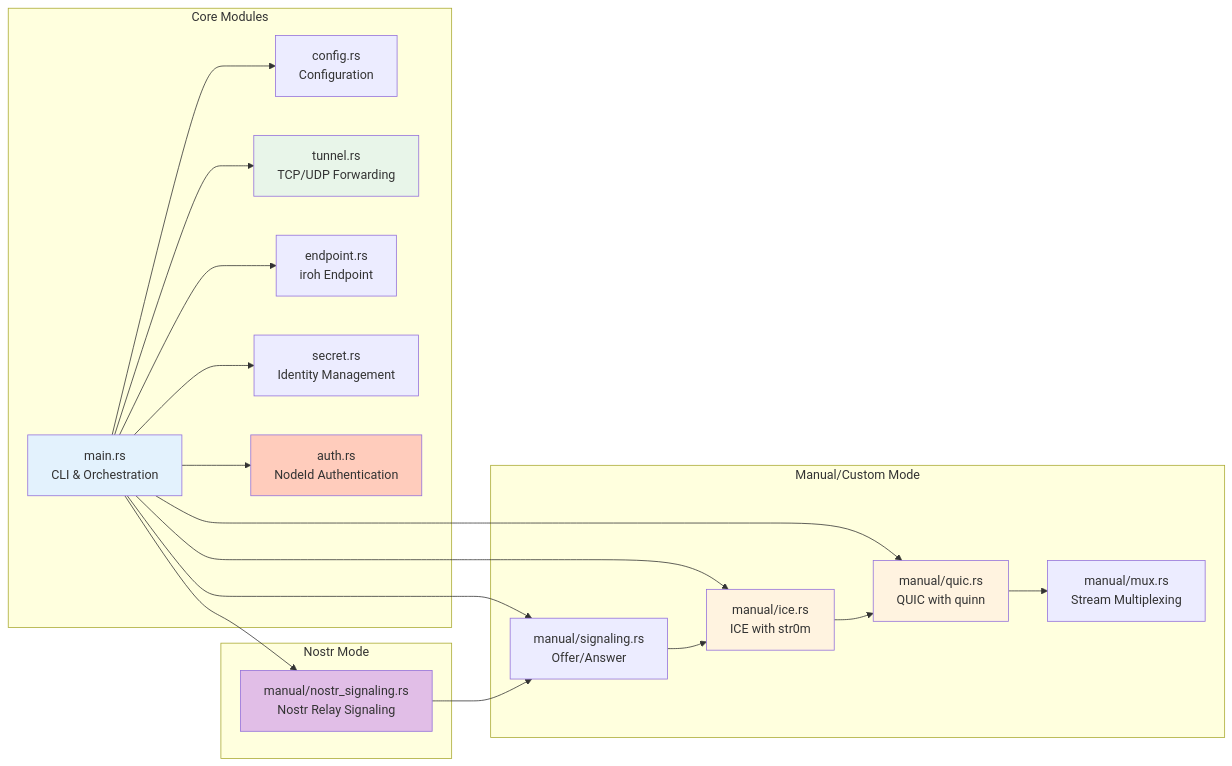
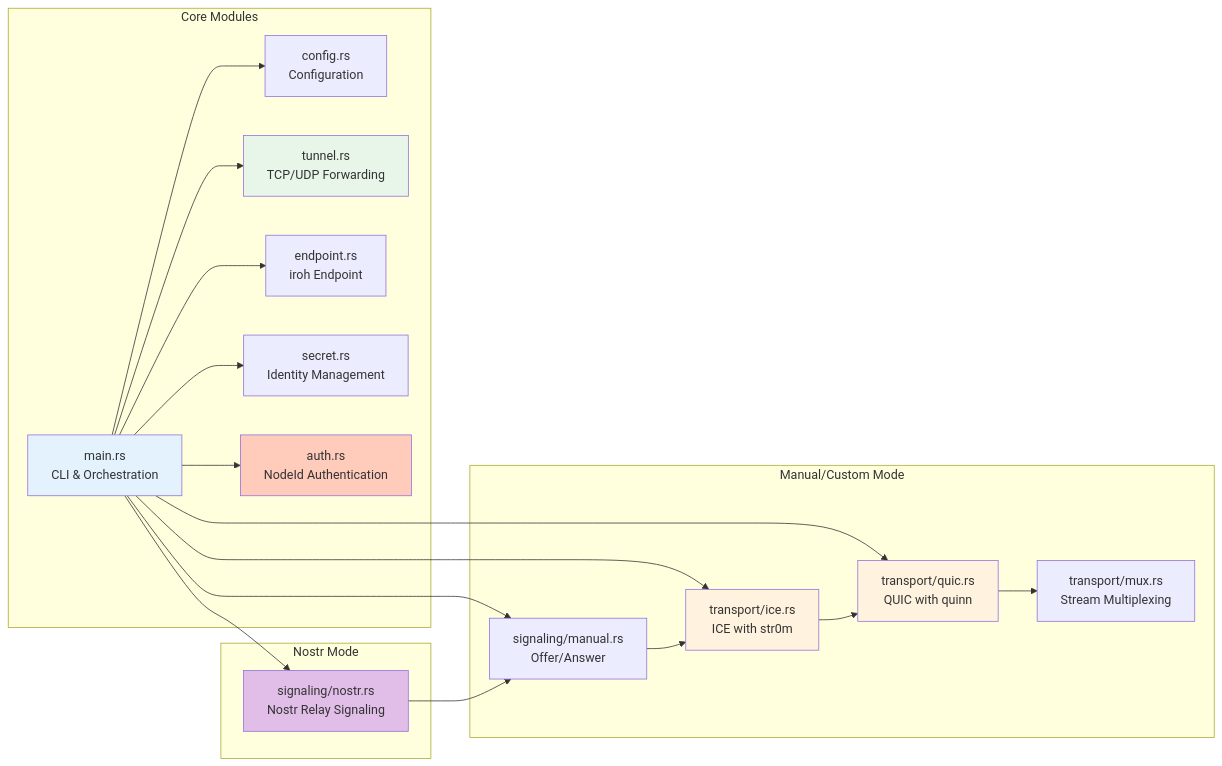
The second of 35 diagrams in docs/ARCHITECTURE.md (andrewtheguy/vpn-rs), drawn with Mermaid before and after one commit.

Commit message:
docs: Update architecture diagram with reorganized module paths for transport and signaling modules.

````diff
--- a/docs/ARCHITECTURE.md
+++ b/docs/ARCHITECTURE.md
@@ -72,44 +72,44 @@
 ```mermaid
 graph LR
     subgraph "Core Modules"
         A[main.rs<br/>CLI & Orchestration]
         B[config.rs<br/>Configuration]
         C[tunnel.rs<br/>TCP/UDP Forwarding]
         D[endpoint.rs<br/>iroh Endpoint]
         E[secret.rs<br/>Identity Management]
         E2[auth.rs<br/>NodeId Authentication]
     end
 
     subgraph "Manual/Custom Mode"
-        F[manual/ice.rs<br/>ICE with str0m]
-        G[manual/quic.rs<br/>QUIC with quinn]
-        H[manual/signaling.rs<br/>Offer/Answer]
-        I[manual/mux.rs<br/>Stream Multiplexing]
+        F[transport/ice.rs<br/>ICE with str0m]
+        G[transport/quic.rs<br/>QUIC with quinn]
+        H[signaling/manual.rs<br/>Offer/Answer]
+        I[transport/mux.rs<br/>Stream Multiplexing]
     end
 
     subgraph "Nostr Mode"
-        J[manual/nostr_signaling.rs<br/>Nostr Relay Signaling]
+        J[signaling/nostr.rs<br/>Nostr Relay Signaling]
     end
 
     A --> B
     A --> C
     A --> D
     A --> E
     A --> E2
     A --> F
     A --> G
     A --> H
     A --> J
 
     F --> G
     H --> F
     J --> H
     G --> I
 
     style A fill:#E3F2FD
     style C fill:#E8F5E9
     style E2 fill:#FFCCBC
     style F fill:#FFF3E0
     style G fill:#FFF3E0
     style J fill:#E1BEE7
 ```
````
